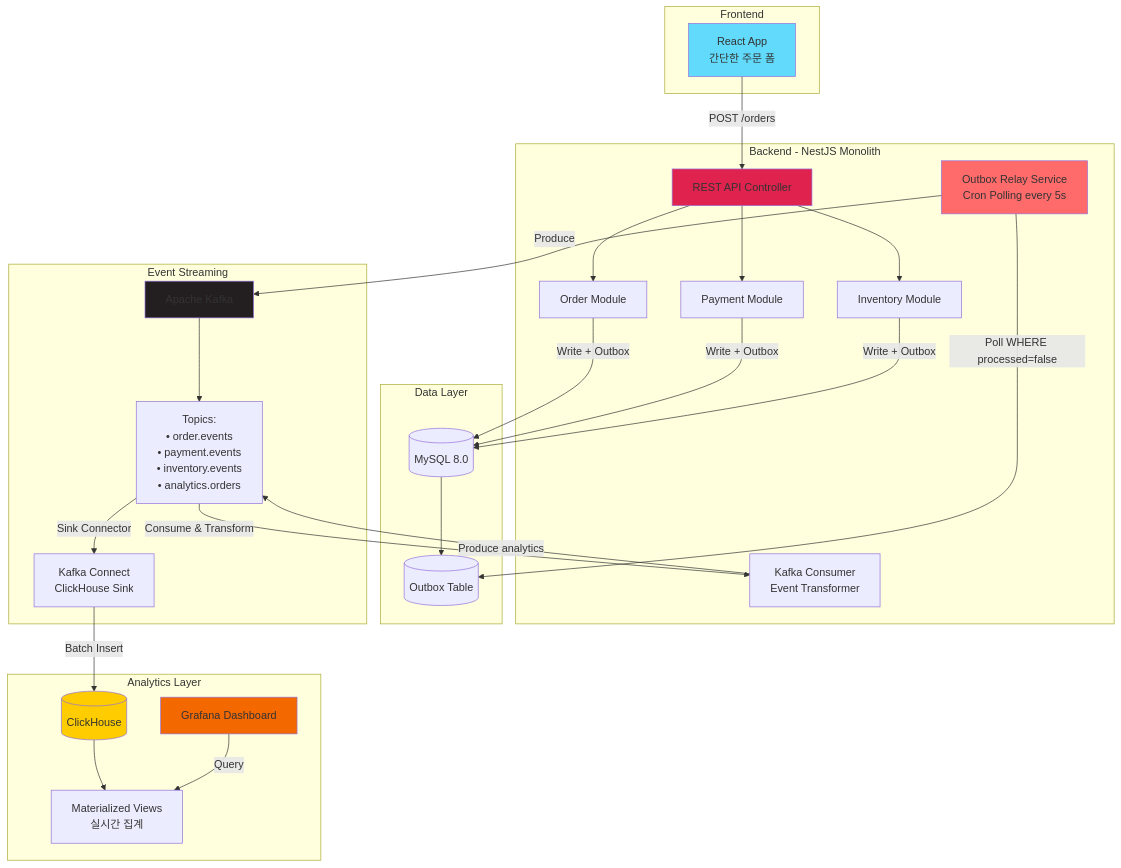
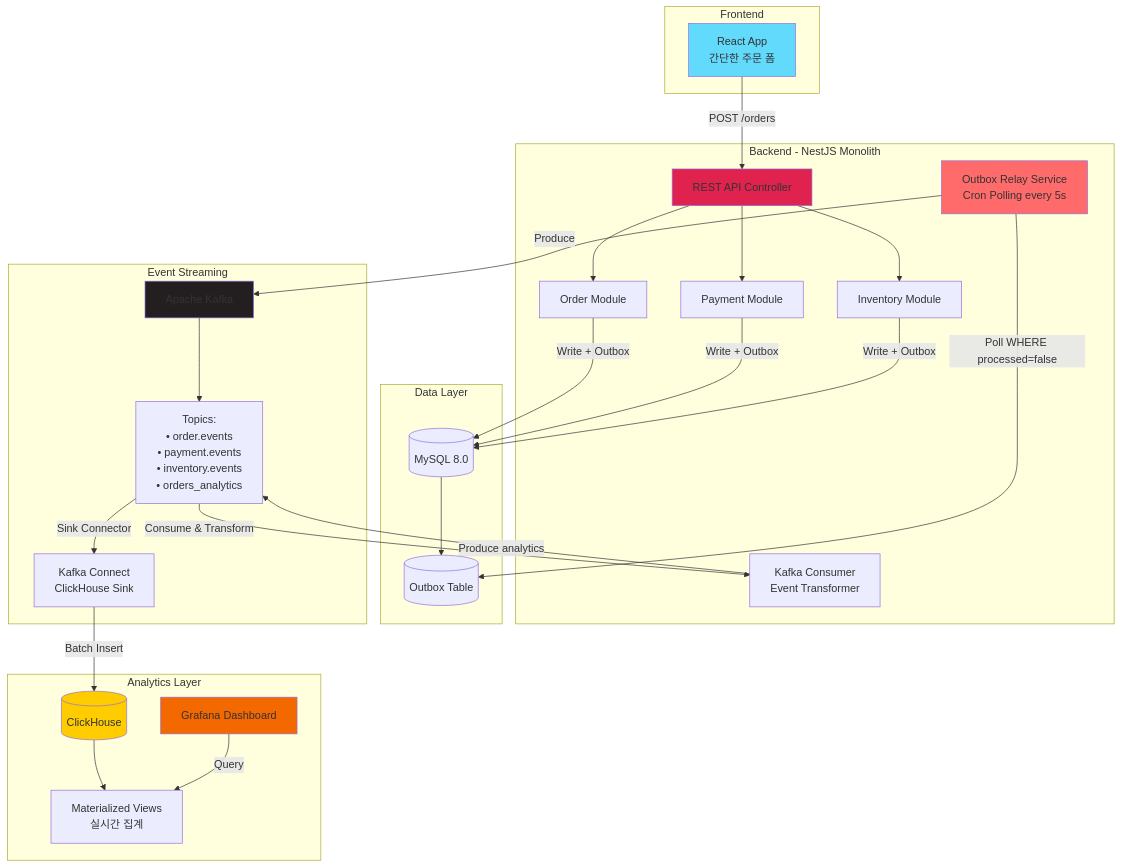
Before and after one commit to duarbdhks/nestjs-cllickhouse: the first of 9 diagrams in docs/architecture/system-architecture-diagram.md, drawn with Mermaid. The commit also changed other lines of this file and 3 other files, not shown here.

````diff
--- a/docs/architecture/system-architecture-diagram.md
+++ b/docs/architecture/system-architecture-diagram.md
@@ -17,63 +17,63 @@
 ```mermaid
 graph TB
     subgraph "Frontend"
         React[React App<br/>간단한 주문 폼]
     end
 
     subgraph "Backend - NestJS Monolith"
         API[REST API Controller]
         OrderMod[Order Module]
         PaymentMod[Payment Module]
         InventoryMod[Inventory Module]
         OutboxRelay[Outbox Relay Service<br/>Cron Polling every 5s]
         KafkaConsumer[Kafka Consumer<br/>Event Transformer]
     end
 
     subgraph "Data Layer"
         MySQL[(MySQL 8.0)]
         OutboxTable[(Outbox Table)]
     end
 
     subgraph "Event Streaming"
         Kafka[Apache Kafka]
-        Topics["Topics:<br/>• order.events<br/>• payment.events<br/>• inventory.events<br/>• analytics.orders"]
+        Topics["Topics:<br/>• order.events<br/>• payment.events<br/>• inventory.events<br/>• orders_analytics"]
         KafkaConnect[Kafka Connect<br/>ClickHouse Sink]
     end
 
     subgraph "Analytics Layer"
         ClickHouse[(ClickHouse)]
         MaterializedViews[Materialized Views<br/>실시간 집계]
         Grafana[Grafana Dashboard]
     end
 
     React -->|POST /orders| API
     API --> OrderMod
     API --> PaymentMod
     API --> InventoryMod
 
     OrderMod -->|Write + Outbox| MySQL
     PaymentMod -->|Write + Outbox| MySQL
     InventoryMod -->|Write + Outbox| MySQL
 
     MySQL --> OutboxTable
 
     OutboxRelay -->|Poll WHERE processed=false| OutboxTable
     OutboxRelay -->|Produce| Kafka
 
     Kafka --> Topics
     Topics -->|Consume & Transform| KafkaConsumer
     KafkaConsumer -->|Produce analytics| Topics
 
     Topics -->|Sink Connector| KafkaConnect
     KafkaConnect -->|Batch Insert| ClickHouse
 
     ClickHouse --> MaterializedViews
     Grafana -->|Query| MaterializedViews
 
     style React fill:#61dafb
     style API fill:#e0234e
     style OutboxRelay fill:#ff6b6b
     style Kafka fill:#231f20
     style ClickHouse fill:#ffcc00
     style Grafana fill:#f46800
 ```
````
